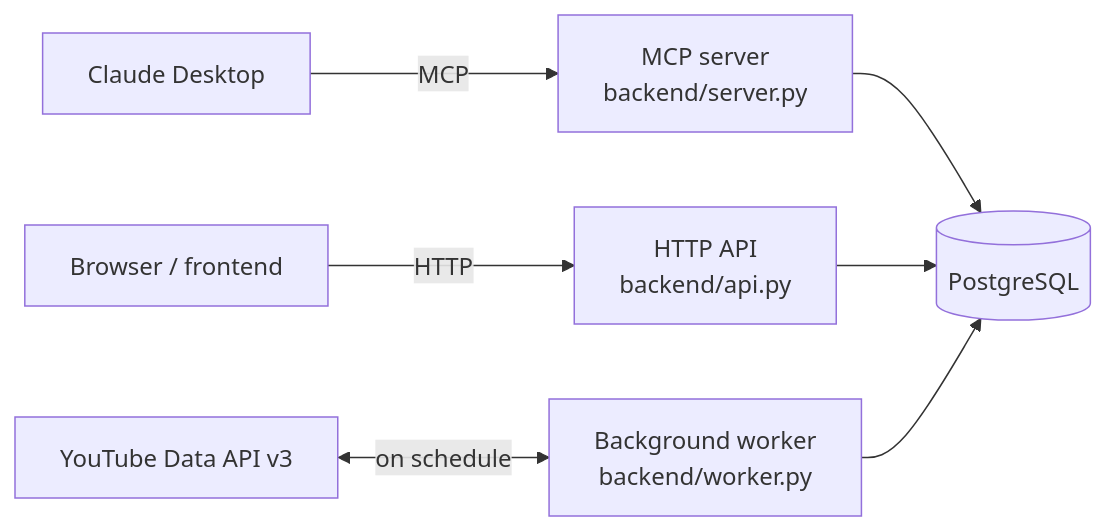
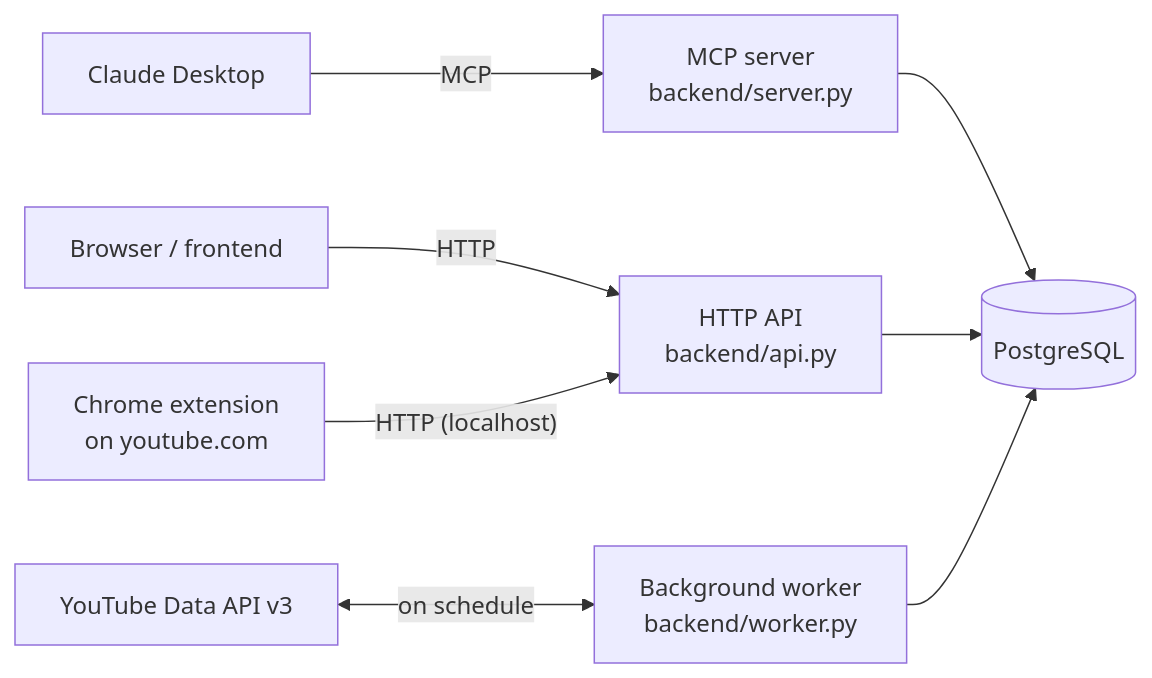
The diagram in README.md (pandich93/niche-finder), drawn with Mermaid before and after one commit. The commit also changed other lines of this file and 43 other files, not shown here.

````diff
--- a/README.md
+++ b/README.md
@@ -84,9 +89,10 @@
 ```mermaid
 flowchart LR
     CD["Claude Desktop"] -->|MCP| MCP["MCP server\nbackend/server.py"]
     FE["Browser / frontend"] -->|HTTP| API["HTTP API\nbackend/api.py"]
+    EXT["Chrome extension\non youtube.com"] -->|"HTTP (localhost)"| API
     YT["YouTube Data API v3"] <-->|"on schedule"| W["Background worker\nbackend/worker.py"]
     MCP --> PG[("PostgreSQL")]
     API --> PG
     W --> PG
 ```
````
